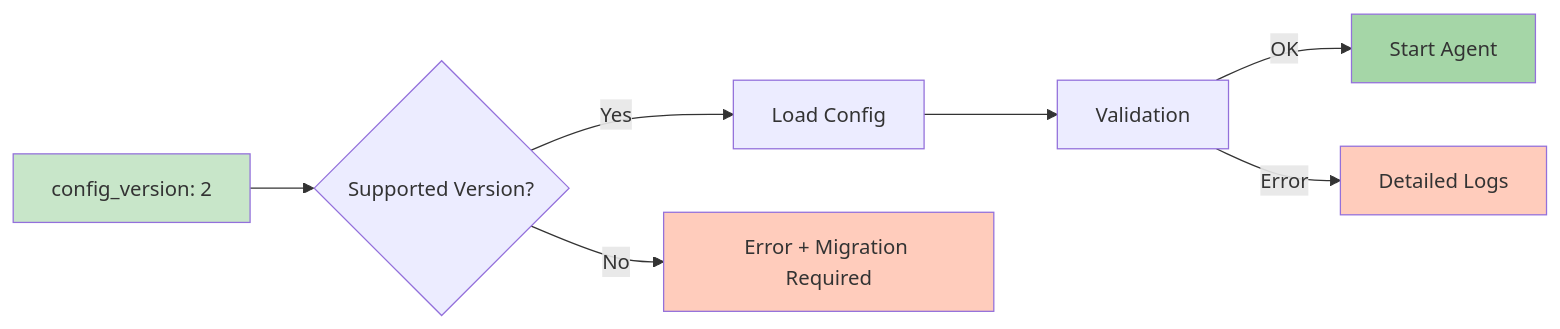
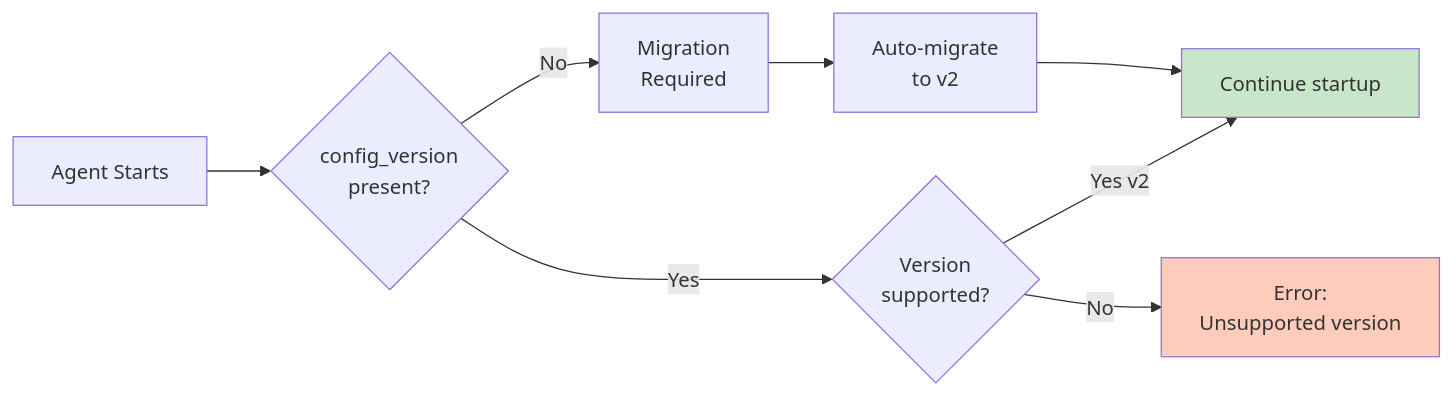
One commit to senhub-io/senhub-agent changed the second of 7 diagrams in docs/user-guide/AGENT-CONFIGURATION.md. Above: the diagram before and after it, drawn with Mermaid. The commit also changed other lines of this file and 7 other files, not shown here.

````diff
--- a/docs/user-guide/AGENT-CONFIGURATION.md
+++ b/docs/user-guide/AGENT-CONFIGURATION.md
@@ -51,15 +118,15 @@
 ```mermaid
 graph LR
-    A[config_version: 2] --> B{Supported Version?}
-    B -->|Yes| C[Load Config]
-    B -->|No| D[Error + Migration Required]
+    A[Agent Starts] --> B{config_version<br/>present?}
+    B -->|No| C[Migration<br/>Required]
+    B -->|Yes| D{Version<br/>supported?}
 
-    C --> E[Validation]
-    E -->|OK| F[Start Agent]
-    E -->|Error| G[Detailed Logs]
+    C --> E[Auto-migrate<br/>to v2]
+    E --> F[Continue startup]
 
-    style A fill:#c8e6c9
-    style F fill:#a5d6a7
-    style D fill:#ffccbc
+    D -->|Yes v2| F
+    D -->|No| G[Error:<br/>Unsupported version]
+
+    style F fill:#c8e6c9
     style G fill:#ffccbc
 ```
````
